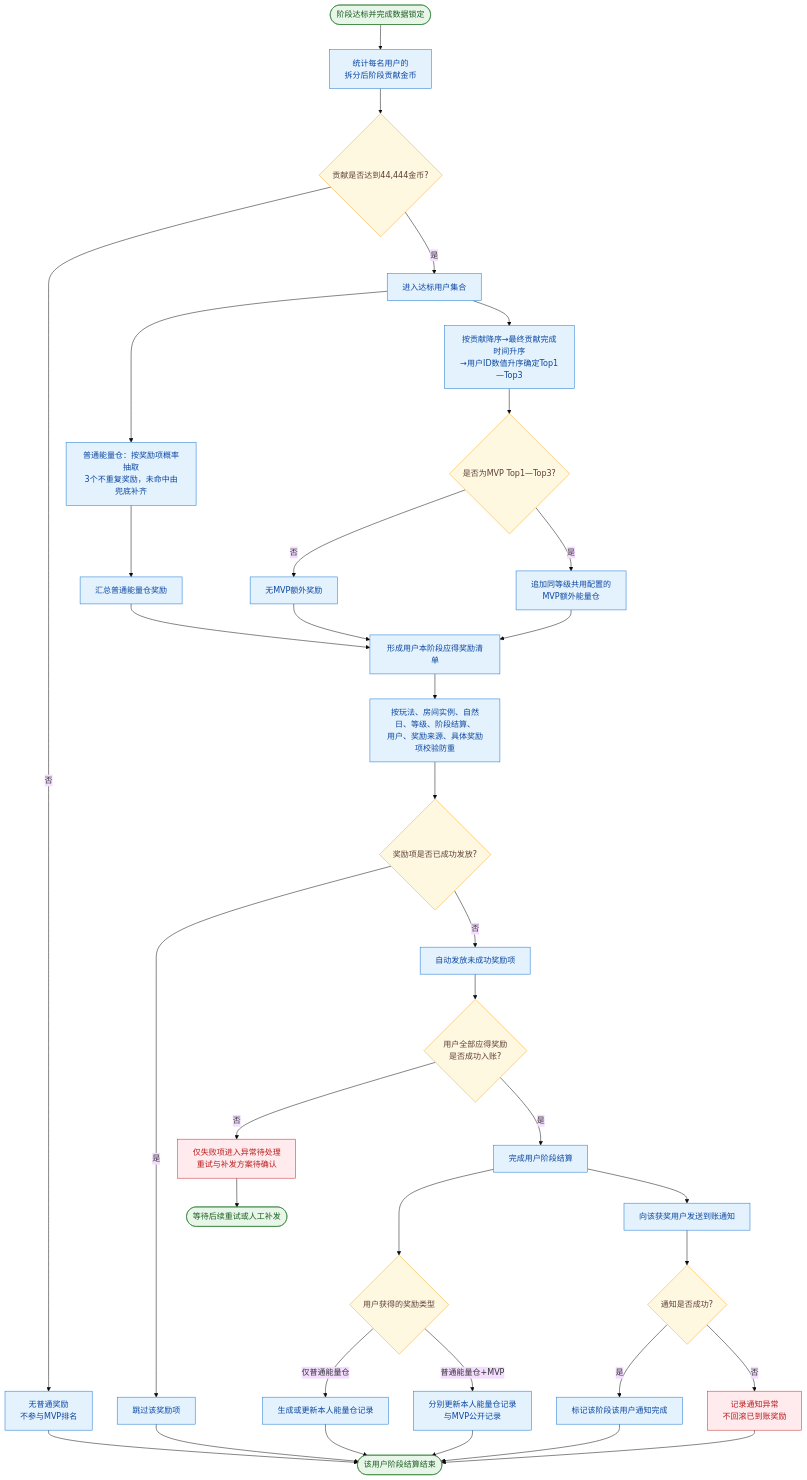
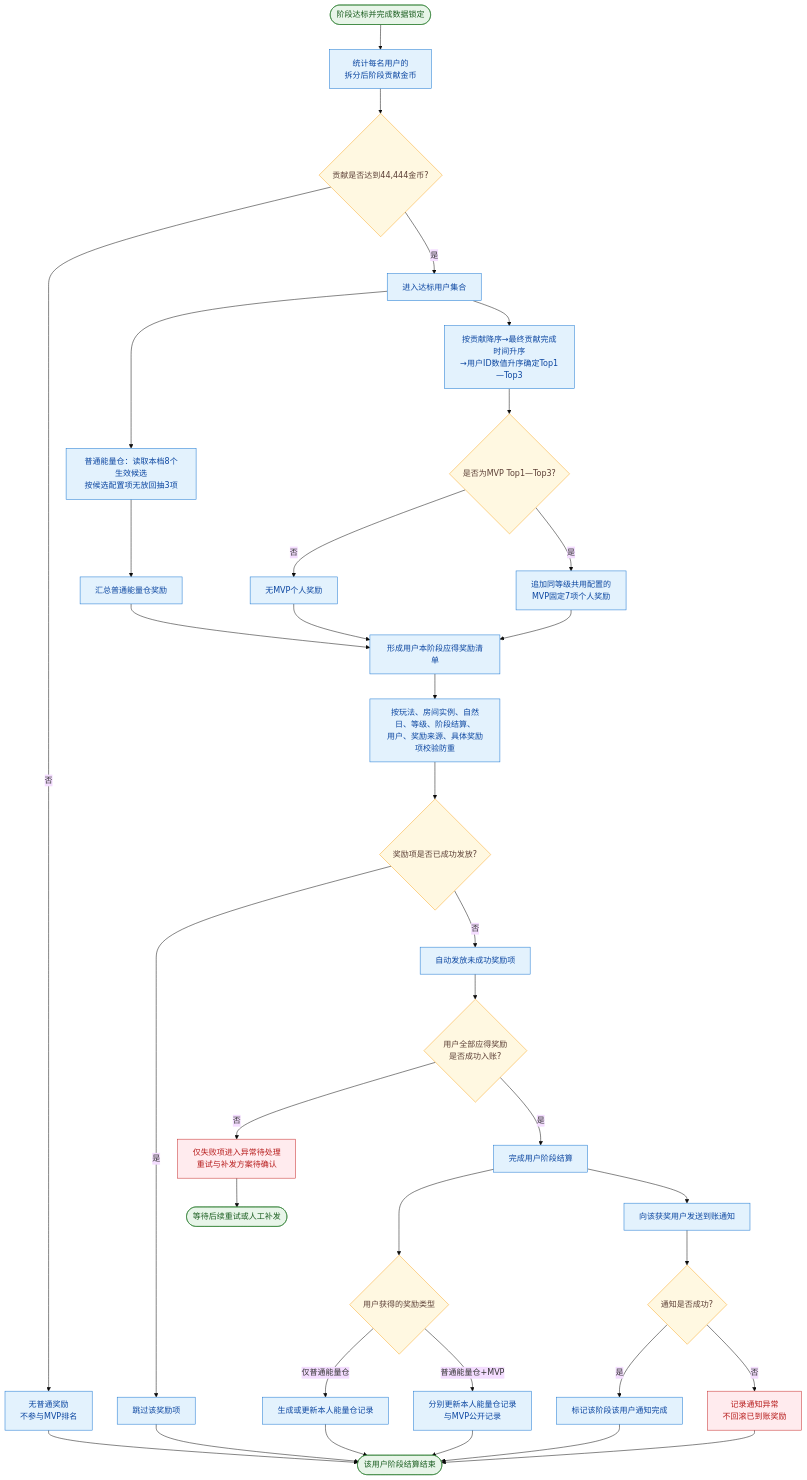
The third of 8 diagrams in 房间飞船挑战/房间飞船挑战-业务流程图.mmd (Chawucikela/TOP-KHALIJ), drawn with Mermaid (base theme) before and after one commit. The commit also changed other lines of this file and 20 other files, not shown here.

````diff
--- a/房间飞船挑战/房间飞船挑战-业务流程图.mmd
+++ b/房间飞船挑战/房间飞船挑战-业务流程图.mmd
@@ -80,52 +80,52 @@
 ```mermaid
 flowchart TD
     A([阶段达标并完成数据锁定]) --> B[统计每名用户的<br/>拆分后阶段贡献金币]
     B --> C{贡献是否达到44,444金币?}
 
     C -- 否 --> D[无普通奖励<br/>不参与MVP排名]
     C -- 是 --> E[进入达标用户集合]
 
-    E --> F[普通能量仓：按奖励项概率抽取<br/>3个不重复奖励，未命中由兜底补齐]
+    E --> F[普通能量仓：读取本档8个生效候选<br/>按候选配置项无放回抽3项]
     E --> G[按贡献降序→最终贡献完成时间升序<br/>→用户ID数值升序确定Top1—Top3]
 
     F --> H[汇总普通能量仓奖励]
     G --> I{是否为MVP Top1—Top3?}
-    I -- 否 --> J[无MVP额外奖励]
-    I -- 是 --> K[追加同等级共用配置的<br/>MVP额外能量仓]
+    I -- 否 --> J[无MVP个人奖励]
+    I -- 是 --> K[追加同等级共用配置的<br/>MVP固定7项个人奖励]
 
     H --> L[形成用户本阶段应得奖励清单]
     J --> L
     K --> L
     L --> M[按玩法、房间实例、自然日、等级、阶段结算、<br/>用户、奖励来源、具体奖励项校验防重]
     M --> N{奖励项是否已成功发放?}
     N -- 是 --> O[跳过该奖励项]
     N -- 否 --> P[自动发放未成功奖励项]
     P --> Q{用户全部应得奖励<br/>是否成功入账?}
     Q -- 否 --> R[仅失败项进入异常待处理<br/>重试与补发方案待确认]
     Q -- 是 --> S[完成用户阶段结算]
 
     S --> T{用户获得的奖励类型}
     T -- 仅普通能量仓 --> U[生成或更新本人能量仓记录]
     T -- 普通能量仓+MVP --> V[分别更新本人能量仓记录<br/>与MVP公开记录]
     S --> W[向该获奖用户发送到账通知]
     W --> X{通知是否成功?}
     X -- 是 --> Y[标记该阶段该用户通知完成]
     X -- 否 --> AA[记录通知异常<br/>不回滚已到账奖励]
 
     D --> AB([该用户阶段结算结束])
     O --> AB
     U --> AB
     V --> AB
     Y --> AB
     AA --> AB
     R --> AC([等待后续重试或人工补发])
 
     classDef startEnd fill:#E8F5E9,stroke:#2E7D32,color:#1B5E20;
     classDef decision fill:#FFF8E1,stroke:#F9A825,color:#5D4037;
     classDef process fill:#E3F2FD,stroke:#1976D2,color:#0D47A1;
     classDef exception fill:#FFEBEE,stroke:#C62828,color:#B71C1C;
     class A,AB,AC startEnd;
     class C,I,N,Q,T,X decision;
     class B,D,E,F,G,H,J,K,L,M,O,P,S,U,V,W,Y process;
     class R,AA exception;
 ```
````
